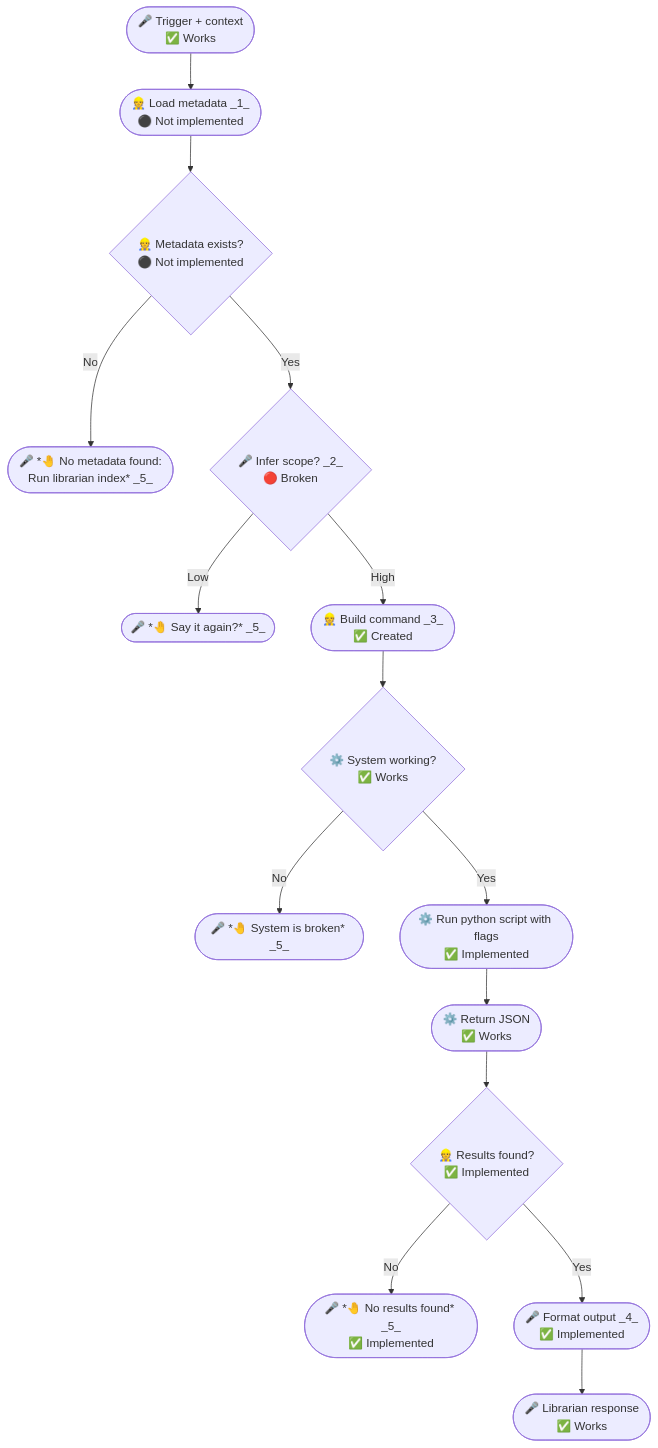
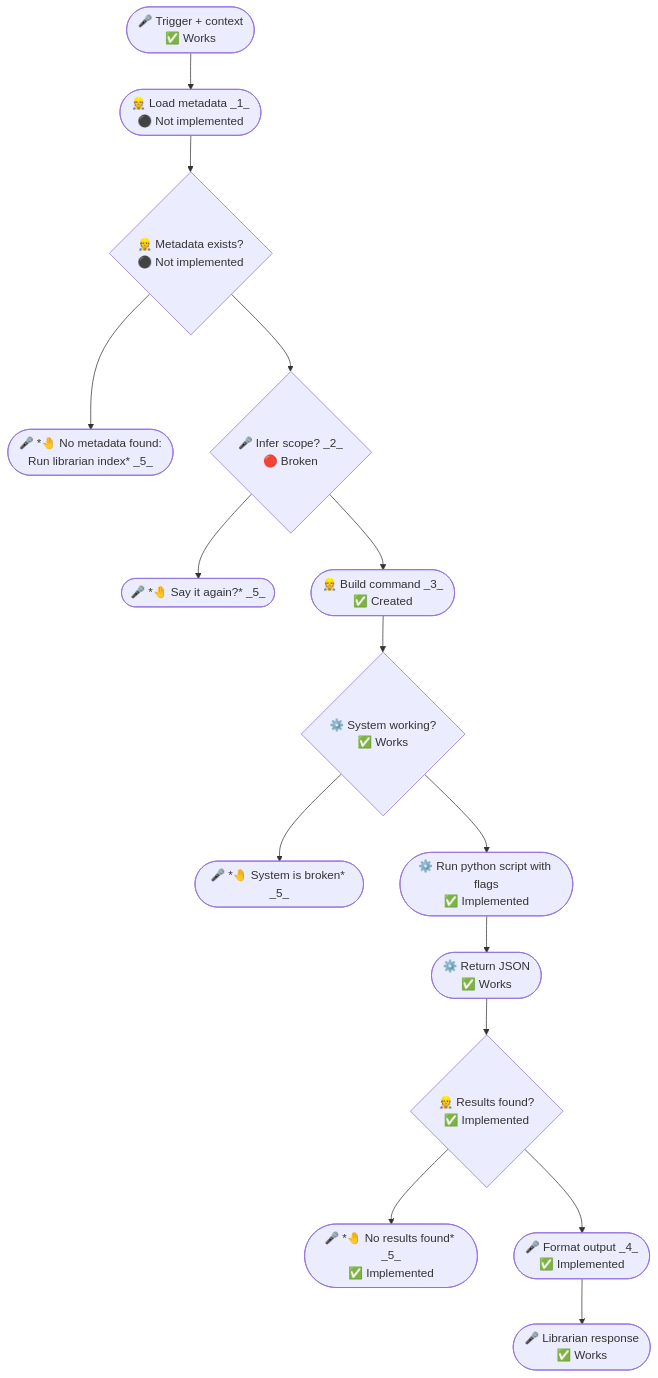
One commit to nonlinear/librarian changed the first of 2 diagrams in backstage/epic-notes/v0.15.0-skill-protocol.md. Above: the diagram before and after it, drawn with Mermaid.

Commit message:
contract: Remove ALL arrow labels (eliminate ugly gray boxes)

````diff
--- a/backstage/epic-notes/v0.15.0-skill-protocol.md
+++ b/backstage/epic-notes/v0.15.0-skill-protocol.md
@@ -3,25 +3,25 @@
 ```mermaid
 flowchart TB
     TRIGGER(["🎤 Trigger + context<br/>✅ Works"])
     TRIGGER --> METADATA(["👷 Load metadata _1_<br/>⚫ Not implemented"])
     METADATA --> CHECK{"👷 Metadata exists?<br/>⚫ Not implemented"}
     
-    CHECK -->|No| ERROR(["🎤 *🤚 No metadata found:<br>Run librarian index* _5_"])
-    CHECK -->|Yes| INFER{"🎤 Infer scope? _2_<br/>🔴 Broken"}
+    CHECK --> ERROR(["🎤 *🤚 No metadata found:<br>Run librarian index* _5_"])
+    CHECK --> INFER{"🎤 Infer scope? _2_<br/>🔴 Broken"}
     
-    INFER -->|Low| CLARIFY(["🎤 *🤚 Say it again?* _5_"])
-    INFER -->|High| BUILD(["👷 Build command _3_<br/>✅ Created"])
+    INFER --> CLARIFY(["🎤 *🤚 Say it again?* _5_"])
+    INFER --> BUILD(["👷 Build command _3_<br/>✅ Created"])
     
     BUILD --> CHECK_SYSTEM{"⚙️ System working?<br/>✅ Works"}
     
-    CHECK_SYSTEM -->|No| BROKEN(["🎤 *🤚 System is broken* _5_"])
-    CHECK_SYSTEM -->|Yes| EXEC(["⚙️ Run python script with flags<br/>✅ Implemented"])
+    CHECK_SYSTEM --> BROKEN(["🎤 *🤚 System is broken* _5_"])
+    CHECK_SYSTEM --> EXEC(["⚙️ Run python script with flags<br/>✅ Implemented"])
     
     EXEC --> JSON(["⚙️ Return JSON<br/>✅ Works"])
     JSON --> CHECK_RESULTS{"👷 Results found?<br/>✅ Implemented"}
     
-    CHECK_RESULTS -->|No| EMPTY(["🎤 *🤚 No results found* _5_<br/>✅ Implemented"])
-    CHECK_RESULTS -->|Yes| FORMAT(["🎤 Format output _4_<br/>✅ Implemented"])
+    CHECK_RESULTS --> EMPTY(["🎤 *🤚 No results found* _5_<br/>✅ Implemented"])
+    CHECK_RESULTS --> FORMAT(["🎤 Format output _4_<br/>✅ Implemented"])
     
     FORMAT --> RESPONSE(["🎤 Librarian response<br/>✅ Works"])
 ```
````
